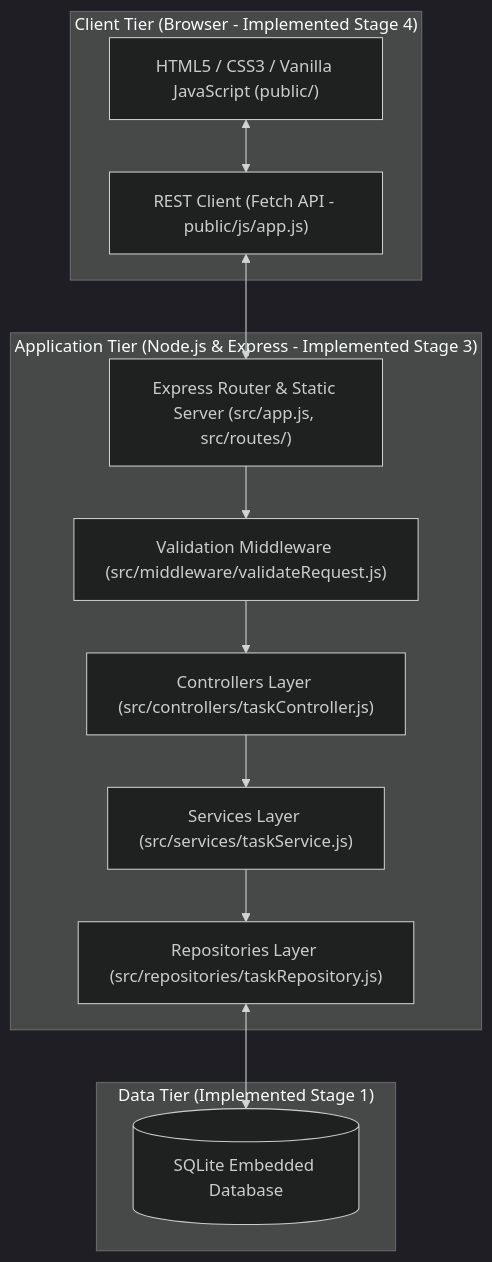
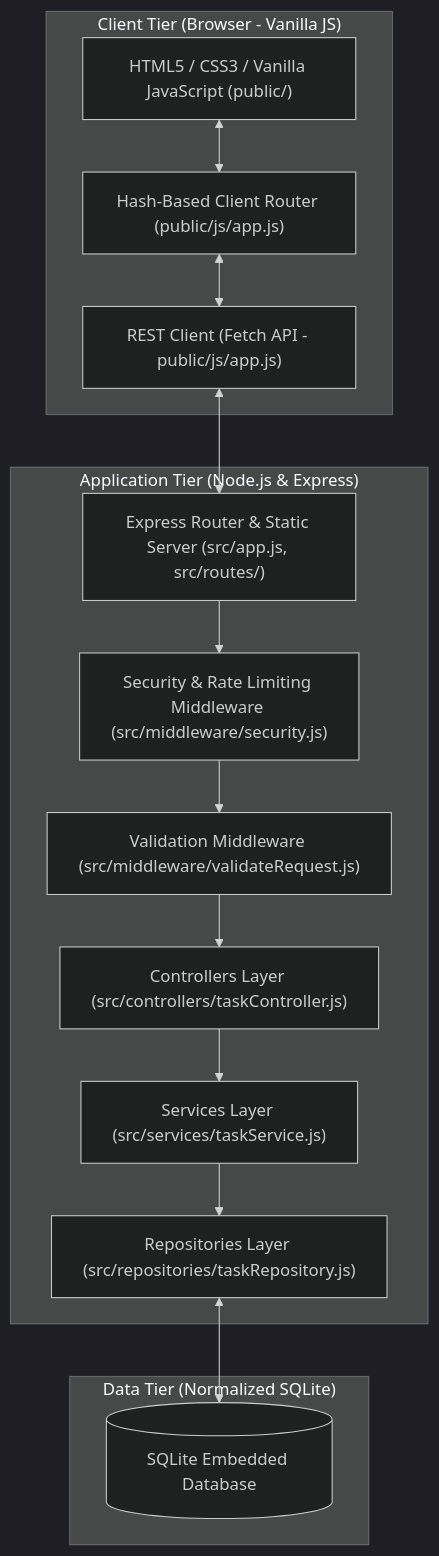
The first of 2 diagrams in docs/HLD.md (SkullHead835/taskflow), drawn with Mermaid (dark theme) before and after one commit. The commit also changed other lines of this file and 27 other files, not shown here.

Commit message:
feat: improve TaskFlow architecture, security, and test coverage

````diff
--- a/docs/HLD.md
+++ b/docs/HLD.md
@@ -7,28 +7,32 @@
 ```mermaid
 flowchart TD
-    subgraph Client["Client Tier (Browser - Implemented Stage 4)"]
+    subgraph Client["Client Tier (Browser - Vanilla JS)"]
         UI["HTML5 / CSS3 / Vanilla JavaScript (public/)"]
+        RouterClient["Hash-Based Client Router (public/js/app.js)"]
         ApiClient["REST Client (Fetch API - public/js/app.js)"]
-        UI <--> ApiClient
+        UI <--> RouterClient
+        RouterClient <--> ApiClient
     end
 
-    subgraph Server["Application Tier (Node.js & Express - Implemented Stage 3)"]
+    subgraph Server["Application Tier (Node.js & Express)"]
         Router["Express Router & Static Server (src/app.js, src/routes/)"]
+        SecMW["Security & Rate Limiting Middleware (src/middleware/security.js)"]
         Val["Validation Middleware (src/middleware/validateRequest.js)"]
         Ctrl["Controllers Layer (src/controllers/taskController.js)"]
         Svc["Services Layer (src/services/taskService.js)"]
         Repo["Repositories Layer (src/repositories/taskRepository.js)"]
 
-        Router --> Val
+        Router --> SecMW
+        SecMW --> Val
         Val --> Ctrl
         Ctrl --> Svc
         Svc --> Repo
     end
 
-    subgraph Storage["Data Tier (Implemented Stage 1)"]
+    subgraph Storage["Data Tier (Normalized SQLite)"]
         DB[(SQLite Embedded Database)]
         Repo <--> DB
     end
 
     ApiClient <--> Router
 ```
````
